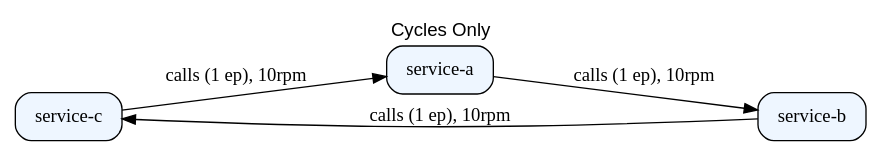
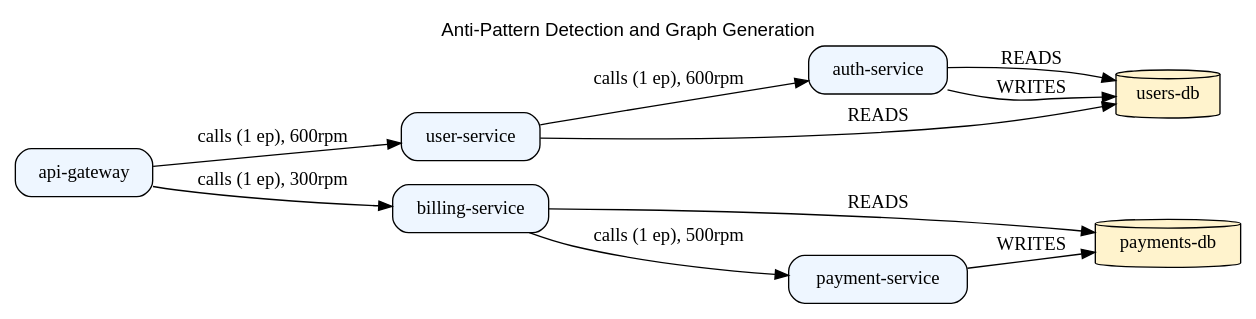
The diagram in out/graph.dot (GoSim-25-26J-441/go-sim-backend), drawn with Graphviz before and after one commit. The commit also changed 3 other files, not shown here.

```diff
--- a/out/graph.dot
+++ b/out/graph.dot
@@ -1,11 +1,21 @@
 digraph G {
   rankdir=LR;
   node [shape=box, style=rounded];
-  labelloc="t"; label="Cycles Only"; fontname="Helvetica";
-  "SERVICE:service-c" [label="service-c", shape=box,style="rounded,filled",fillcolor="#eef6ff"];
-  "SERVICE:service-a" [label="service-a", shape=box,style="rounded,filled",fillcolor="#eef6ff"];
-  "SERVICE:service-b" [label="service-b", shape=box,style="rounded,filled",fillcolor="#eef6ff"];
-  "SERVICE:service-a" -> "SERVICE:service-b" [label="calls (1 ep), 10rpm", tooltip="edge#0"];
-  "SERVICE:service-b" -> "SERVICE:service-c" [label="calls (1 ep), 10rpm", tooltip="edge#1"];
-  "SERVICE:service-c" -> "SERVICE:service-a" [label="calls (1 ep), 10rpm", tooltip="edge#2"];
+  labelloc="t"; label="Anti-Pattern Detection and Graph Generation"; fontname="Helvetica";
+  "DATABASE:payments-db" [label="payments-db", shape=cylinder,style="filled",fillcolor="#fff3cd"];
+  "SERVICE:api-gateway" [label="api-gateway", shape=box,style="rounded,filled",fillcolor="#eef6ff"];
+  "SERVICE:user-service" [label="user-service", shape=box,style="rounded,filled",fillcolor="#eef6ff"];
+  "SERVICE:auth-service" [label="auth-service", shape=box,style="rounded,filled",fillcolor="#eef6ff"];
+  "SERVICE:billing-service" [label="billing-service", shape=box,style="rounded,filled",fillcolor="#eef6ff"];
+  "SERVICE:payment-service" [label="payment-service", shape=box,style="rounded,filled",fillcolor="#eef6ff"];
+  "DATABASE:users-db" [label="users-db", shape=cylinder,style="filled",fillcolor="#fff3cd"];
+  "SERVICE:api-gateway" -> "SERVICE:user-service" [label="calls (1 ep), 600rpm", tooltip="edge#0"];
+  "SERVICE:api-gateway" -> "SERVICE:billing-service" [label="calls (1 ep), 300rpm", tooltip="edge#1"];
+  "SERVICE:user-service" -> "SERVICE:auth-service" [label="calls (1 ep), 600rpm", tooltip="edge#2"];
+  "SERVICE:user-service" -> "DATABASE:users-db" [label="READS", tooltip="edge#3"];
+  "SERVICE:auth-service" -> "DATABASE:users-db" [label="READS", tooltip="edge#4"];
+  "SERVICE:auth-service" -> "DATABASE:users-db" [label="WRITES", tooltip="edge#5"];
+  "SERVICE:billing-service" -> "SERVICE:payment-service" [label="calls (1 ep), 500rpm", tooltip="edge#6"];
+  "SERVICE:billing-service" -> "DATABASE:payments-db" [label="READS", tooltip="edge#7"];
+  "SERVICE:payment-service" -> "DATABASE:payments-db" [label="WRITES", tooltip="edge#8"];
 }
```
